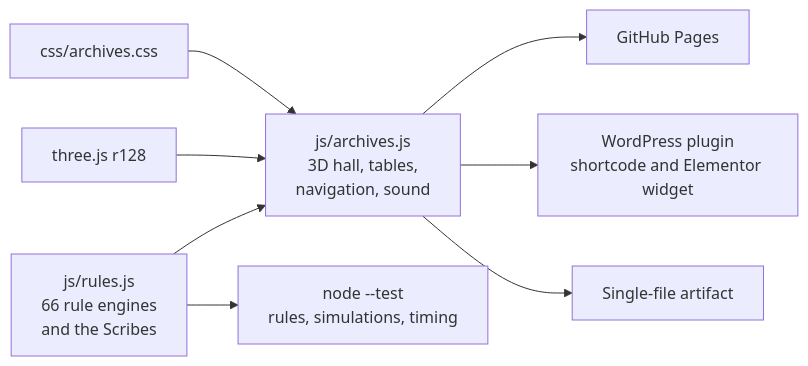
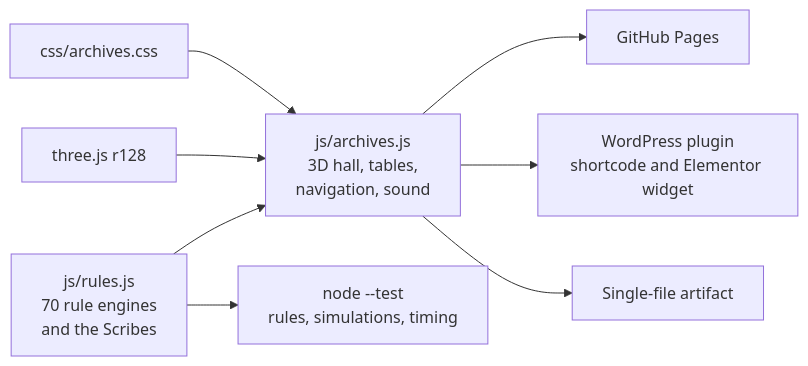
One commit to CptNope/Librarium-Archives changed the second of 2 diagrams in README.md. Above: the diagram before and after it, drawn with Mermaid. The commit also changed other lines of this file and 47 other files, not shown here.

````diff
--- a/README.md
+++ b/README.md
@@ -41,10 +41,10 @@
 ```mermaid
 flowchart LR
-    rules["js/rules.js<br/>66 rule engines<br/>and the Scribes"] --> hall["js/archives.js<br/>3D hall, tables,<br/>navigation, sound"]
+    rules["js/rules.js<br/>70 rule engines<br/>and the Scribes"] --> hall["js/archives.js<br/>3D hall, tables,<br/>navigation, sound"]
     three["three.js r128"] --> hall
     css["css/archives.css"] --> hall
     hall --> site["GitHub Pages"]
     hall --> plugin["WordPress plugin<br/>shortcode and Elementor widget"]
     hall --> artifact["Single-file artifact"]
     rules --> tests["node --test<br/>rules, simulations, timing"]
 ```
````
